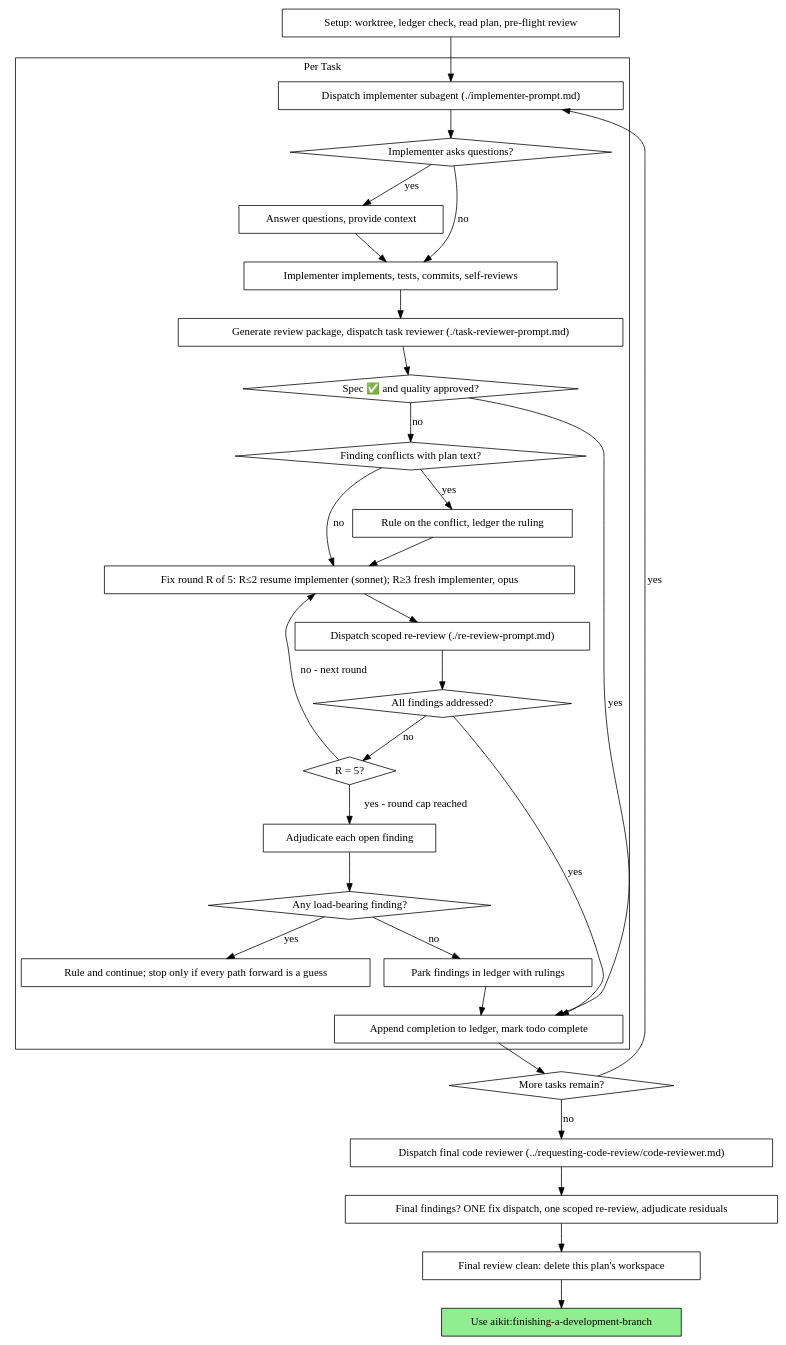
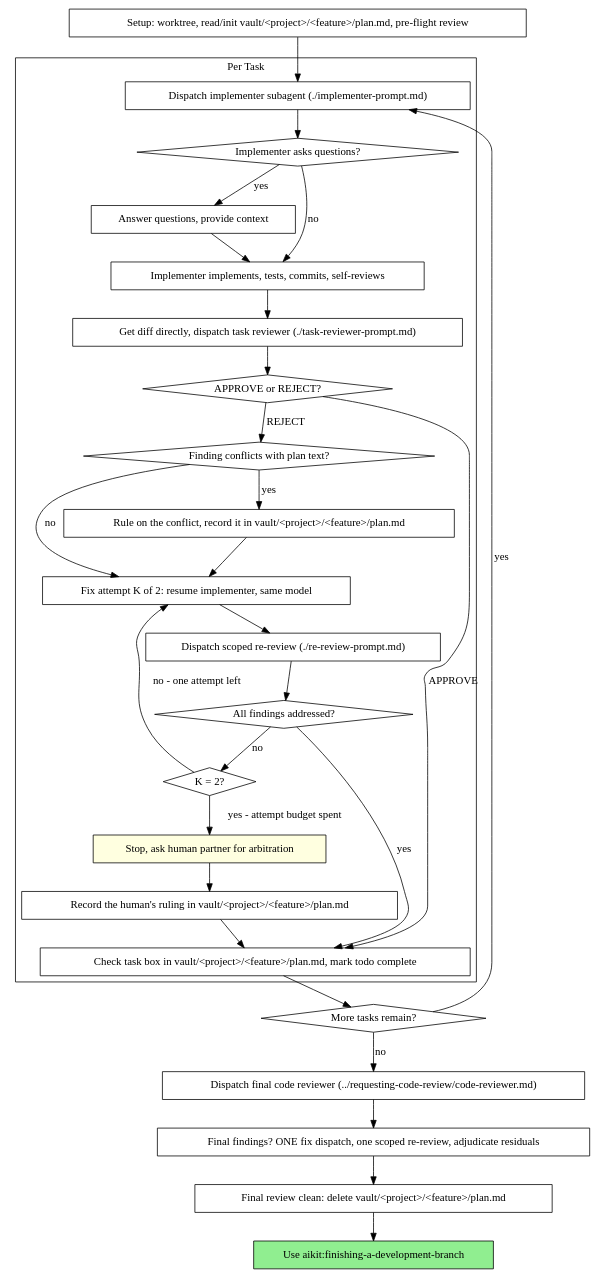
Before and after one commit to Athyrr/aikit: the second of 2 diagrams in skills/executing-plans/SKILL.md, drawn with Graphviz. The commit also changed other lines of this file and 23 other files, not shown here.

````diff
--- a/skills/executing-plans/SKILL.md
+++ b/skills/executing-plans/SKILL.md
@@ -51,62 +51,58 @@
 ```dot
 digraph process {
     rankdir=TB;
 
     subgraph cluster_per_task {
         label="Per Task";
         "Dispatch implementer subagent (./implementer-prompt.md)" [shape=box];
         "Implementer asks questions?" [shape=diamond];
         "Answer questions, provide context" [shape=box];
         "Implementer implements, tests, commits, self-reviews" [shape=box];
-        "Generate review package, dispatch task reviewer (./task-reviewer-prompt.md)" [shape=box];
-        "Spec ✅ and quality approved?" [shape=diamond];
+        "Get diff directly, dispatch task reviewer (./task-reviewer-prompt.md)" [shape=box];
+        "APPROVE or REJECT?" [shape=diamond];
         "Finding conflicts with plan text?" [shape=diamond];
-        "Rule on the conflict, ledger the ruling" [shape=box];
-        "Fix round R of 5: R≤2 resume implementer (sonnet); R≥3 fresh implementer, opus" [shape=box];
+        "Rule on the conflict, record it in vault/<project>/<feature>/plan.md" [shape=box];
+        "Fix attempt K of 2: resume implementer, same model" [shape=box];
         "Dispatch scoped re-review (./re-review-prompt.md)" [shape=box];
         "All findings addressed?" [shape=diamond];
-        "R = 5?" [shape=diamond];
-        "Adjudicate each open finding" [shape=box];
-        "Any load-bearing finding?" [shape=diamond];
-        "Rule and continue; stop only if every path forward is a guess" [shape=box];
-        "Park findings in ledger with rulings" [shape=box];
-        "Append completion to ledger, mark todo complete" [shape=box];
+        "K = 2?" [shape=diamond];
+        "Stop, ask human partner for arbitration" [shape=box style=filled fillcolor=lightyellow];
+        "Record the human's ruling in vault/<project>/<feature>/plan.md" [shape=box];
+        "Check task box in vault/<project>/<feature>/plan.md, mark todo complete" [shape=box];
     }
 
-    "Setup: worktree, ledger check, read plan, pre-flight review" [shape=box];
+    "Setup: worktree, read/init vault/<project>/<feature>/plan.md, pre-flight review" [shape=box];
     "More tasks remain?" [shape=diamond];
     "Dispatch final code reviewer (../requesting-code-review/code-reviewer.md)" [shape=box];
     "Final findings? ONE fix dispatch, one scoped re-review, adjudicate residuals" [shape=box];
-    "Final review clean: delete this plan's workspace" [shape=box];
+    "Final review clean: delete vault/<project>/<feature>/plan.md" [shape=box];
     "Use aikit:finishing-a-development-branch" [shape=box style=filled fillcolor=lightgreen];
 
-    "Setup: worktree, ledger check, read plan, pre-flight review" -> "Dispatch implementer subagent (./implementer-prompt.md)";
+    "Setup: worktree, read/init vault/<project>/<feature>/plan.md, pre-flight review" -> "Dispatch implementer subagent (./implementer-prompt.md)";
     "Dispatch implementer subagent (./implementer-prompt.md)" -> "Implementer asks questions?";
     "Implementer asks questions?" -> "Answer questions, provide context" [label="yes"];
     "Answer questions, provide context" -> "Implementer implements, tests, commits, self-reviews";
     "Implementer asks questions?" -> "Implementer implements, tests, commits, self-reviews" [label="no"];
-    "Implementer implements, tests, commits, self-reviews" -> "Generate review package, dispatch task reviewer (./task-reviewer-prompt.md)";
-    "Generate review package, dispatch task reviewer (./task-reviewer-prompt.md)" -> "Spec ✅ and quality approved?";
-    "Spec ✅ and quality approved?" -> "Append completion to ledger, mark todo complete" [label="yes"];
-    "Spec ✅ and quality approved?" -> "Finding conflicts with plan text?" [label="no"];
-    "Finding conflicts with plan text?" -> "Rule on the conflict, ledger the ruling" [label="yes"];
-    "Rule on the conflict, ledger the ruling" -> "Fix round R of 5: R≤2 resume implementer (sonnet); R≥3 fresh implementer, opus";
-    "Finding conflicts with plan text?" -> "Fix round R of 5: R≤2 resume implementer (sonnet); R≥3 fresh implementer, opus" [label="no"];
-    "Fix round R of 5: R≤2 resume implementer (sonnet); R≥3 fresh implementer, opus" -> "Dispatch scoped re-review (./re-review-prompt.md)";
+    "Implementer implements, tests, commits, self-reviews" -> "Get diff directly, dispatch task reviewer (./task-reviewer-prompt.md)";
+    "Get diff directly, dispatch task reviewer (./task-reviewer-prompt.md)" -> "APPROVE or REJECT?";
+    "APPROVE or REJECT?" -> "Check task box in vault/<project>/<feature>/plan.md, mark todo complete" [label="APPROVE"];
+    "APPROVE or REJECT?" -> "Finding conflicts with plan text?" [label="REJECT"];
+    "Finding conflicts with plan text?" -> "Rule on the conflict, record it in vault/<project>/<feature>/plan.md" [label="yes"];
+    "Rule on the conflict, record it in vault/<project>/<feature>/plan.md" -> "Fix attempt K of 2: resume implementer, same model";
+    "Finding conflicts with plan text?" -> "Fix attempt K of 2: resume implementer, same model" [label="no"];
+    "Fix attempt K of 2: resume implementer, same model" -> "Dispatch scoped re-review (./re-review-prompt.md)";
     "Dispatch scoped re-review (./re-review-prompt.md)" -> "All findings addressed?";
-    "All findings addressed?" -> "Append completion to ledger, mark todo complete" [label="yes"];
-    "All findings addressed?" -> "R = 5?" [label="no"];
-    "R = 5?" -> "Fix round R of 5: R≤2 resume implementer (sonnet); R≥3 fresh implementer, opus" [label="no - next round"];
-    "R = 5?" -> "Adjudicate each open finding" [label="yes - round cap reached"];
-    "Adjudicate each open finding" -> "Any load-bearing finding?";
-    "Any load-bearing finding?" -> "Rule and continue; stop only if every path forward is a guess" [label="yes"];
-    "Any load-bearing finding?" -> "Park findings in ledger with rulings" [label="no"];
-    "Park findings in ledger with rulings" -> "Append completion to ledger, mark todo complete";
-    "Append completion to ledger, mark todo complete" -> "More tasks remain?";
+    "All findings addressed?" -> "Check task box in vault/<project>/<feature>/plan.md, mark todo complete" [label="yes"];
+    "All findings addressed?" -> "K = 2?" [label="no"];
+    "K = 2?" -> "Fix attempt K of 2: resume implementer, same model" [label="no - one attempt left"];
+    "K = 2?" -> "Stop, ask human partner for arbitration" [label="yes - attempt budget spent"];
+    "Stop, ask human partner for arbitration" -> "Record the human's ruling in vault/<project>/<feature>/plan.md";
+    "Record the human's ruling in vault/<project>/<feature>/plan.md" -> "Check task box in vault/<project>/<feature>/plan.md, mark todo complete";
+    "Check task box in vault/<project>/<feature>/plan.md, mark todo complete" -> "More tasks remain?";
     "More tasks remain?" -> "Dispatch implementer subagent (./implementer-prompt.md)" [label="yes"];
     "More tasks remain?" -> "Dispatch final code reviewer (../requesting-code-review/code-reviewer.md)" [label="no"];
     "Dispatch final code reviewer (../requesting-code-review/code-reviewer.md)" -> "Final findings? ONE fix dispatch, one scoped re-review, adjudicate residuals";
-    "Final findings? ONE fix dispatch, one scoped re-review, adjudicate residuals" -> "Final review clean: delete this plan's workspace";
-    "Final review clean: delete this plan's workspace" -> "Use aikit:finishing-a-development-branch";
+    "Final findings? ONE fix dispatch, one scoped re-review, adjudicate residuals" -> "Final review clean: delete vault/<project>/<feature>/plan.md";
+    "Final review clean: delete vault/<project>/<feature>/plan.md" -> "Use aikit:finishing-a-development-branch";
 }
 ```
````
